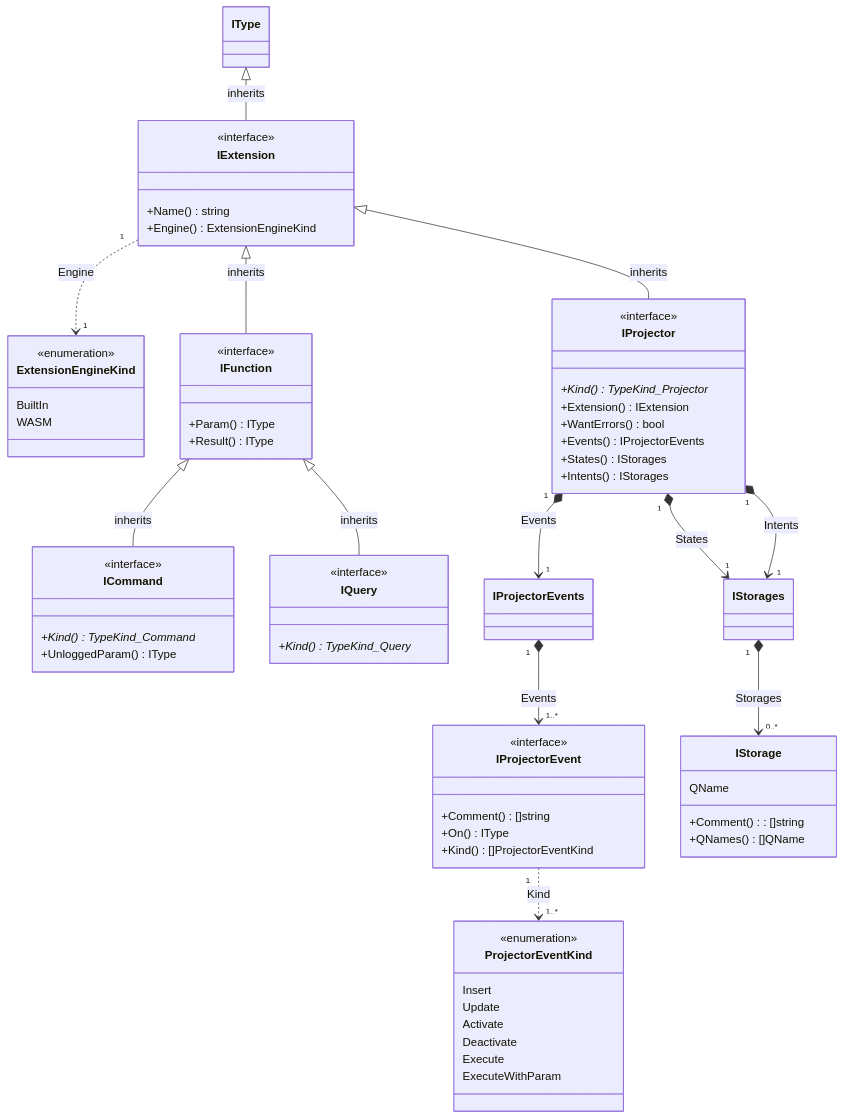
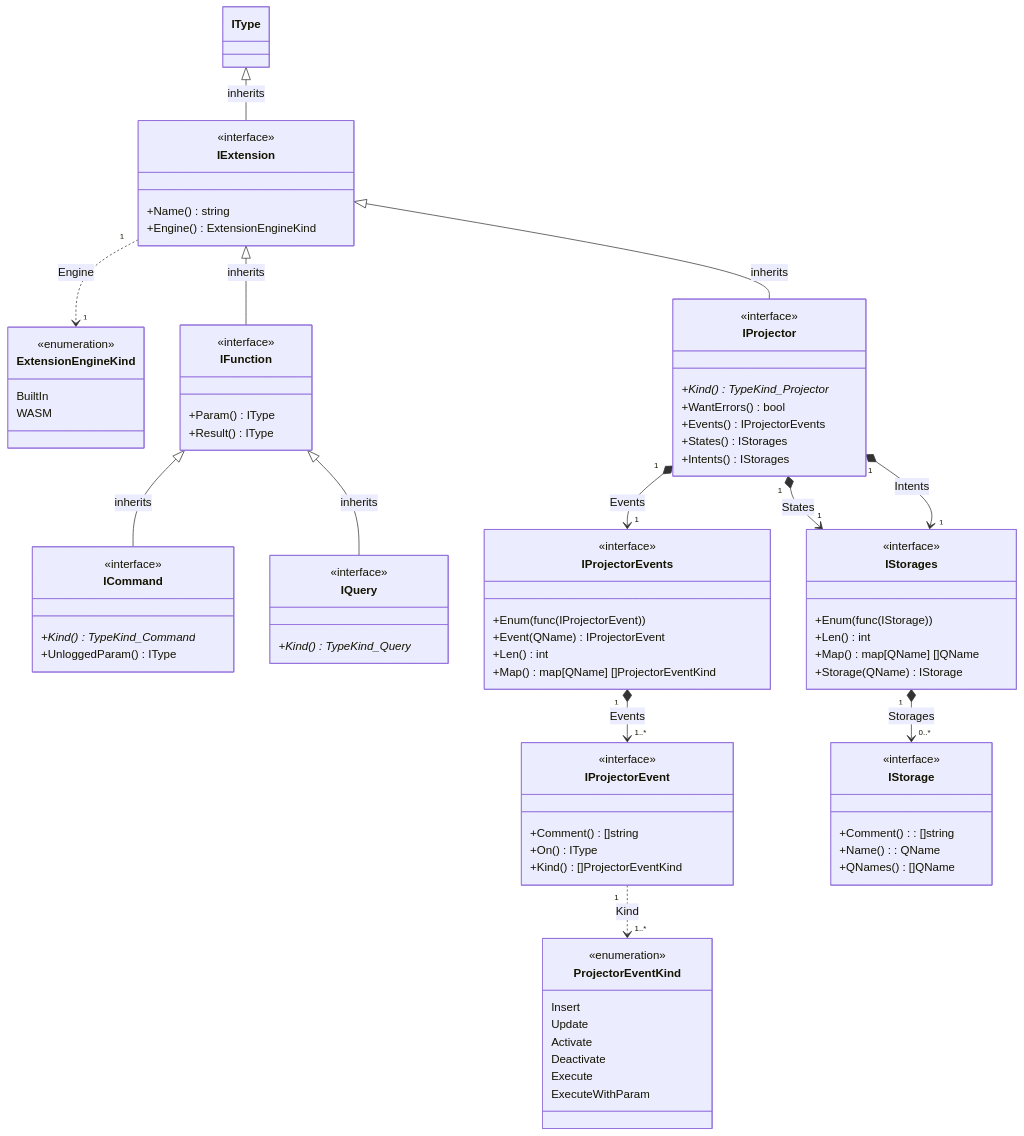
The seventh of 7 diagrams in pkg/appdef/README.md (voedger/voedger), drawn with Mermaid before and after one commit.

````diff
--- a/pkg/appdef/README.md
+++ b/pkg/appdef/README.md
@@ -599,7 +599,6 @@
     class IProjector {
         <<interface>>
         +Kind()* TypeKind_Projector
-        +Extension() IExtension
         +WantErrors() bool
         +Events() IProjectorEvents
         +States() IStorages
@@ -608,6 +607,13 @@
 
     IProjector "1" *--> "1" IProjectorEvents : Events
     IProjectorEvents "1" *--> "1..*" IProjectorEvent : Events
+    class IProjectorEvents {
+        <<interface>>
+        +Enum(func(IProjectorEvent))
+        +Event(QName) IProjectorEvent
+        +Len() int
+        +Map() map[QName] []ProjectorEventKind
+    }
     class IProjectorEvent {
         <<interface>>
         +Comment() []string
@@ -628,10 +634,18 @@
 
     IProjector "1" *--> "1" IStorages : States
     IProjector "1" *--> "1" IStorages : Intents
+    class IStorages {
+        <<interface>>
+        +Enum(func(IStorage))
+        +Len() int
+        +Map() map[QName] []QName
+        +Storage(QName) IStorage
+    }
     IStorages "1" *--> "0..*" IStorage : Storages
     class IStorage {
-        QName
+        <<interface>>
         +Comment() : []string
+        +Name(): QName
         +QNames() []QName
     }
 ```
````
